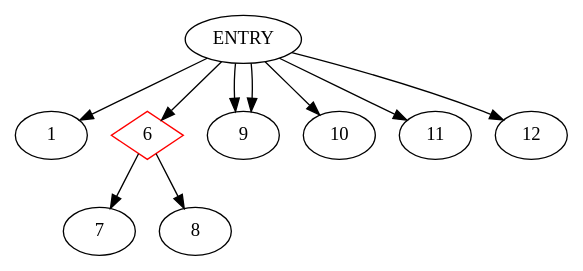
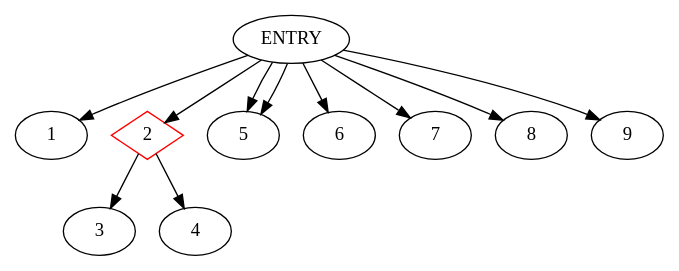
The diagram in Testgen/Testgen_Sonam/Testgen/CDG.dot (akshitij/TestgenRepo), drawn with Graphviz before and after one commit. The commit also changed 20 other files, not shown here.

```diff
--- a/Testgen/Testgen_Sonam/Testgen/CDG.dot
+++ b/Testgen/Testgen_Sonam/Testgen/CDG.dot
@@ -1,12 +1,13 @@
 digraph CDG {
 ENTRY -> 1
-6 [shape=diamond, color=red]
+2 [shape=diamond, color=red]
+ENTRY -> 2
+2-> 3
+2-> 4
+ENTRY -> 5
+ENTRY -> 5
 ENTRY -> 6
-6-> 7
-6-> 8
+ENTRY -> 7
+ENTRY -> 8
 ENTRY -> 9
-ENTRY -> 9
-ENTRY -> 10
-ENTRY -> 11
-ENTRY -> 12
 }
```
